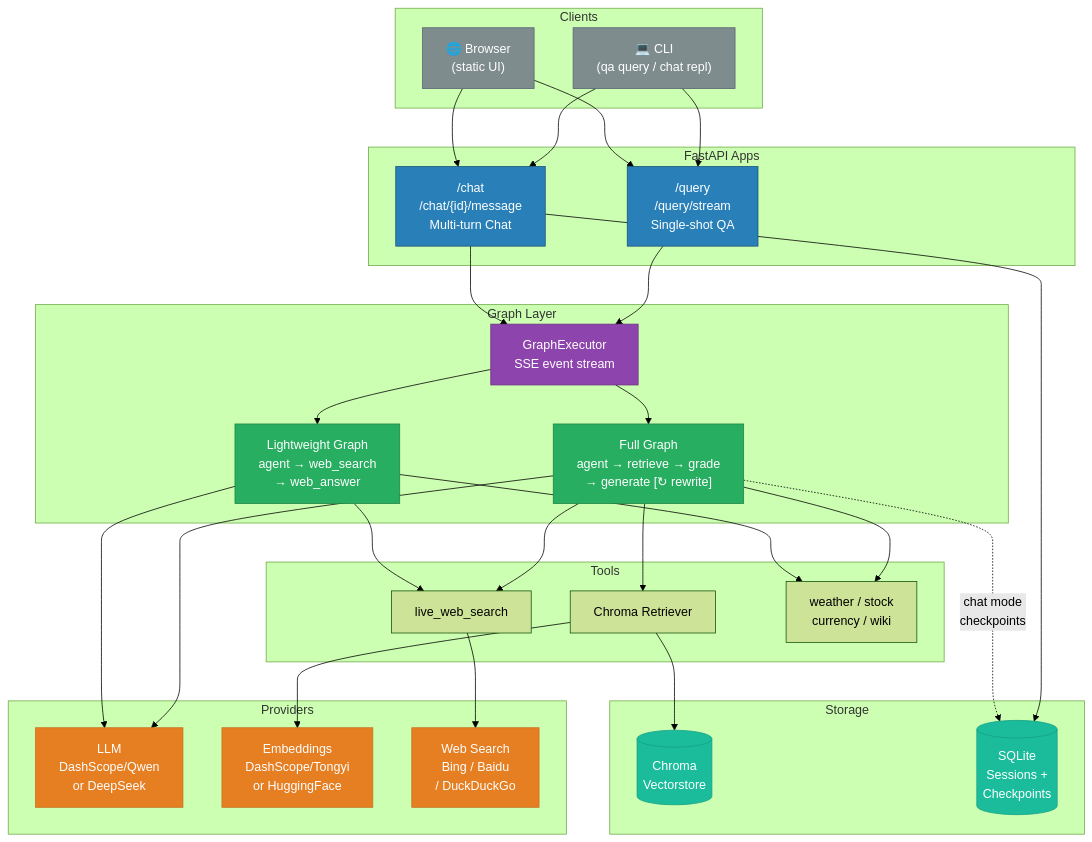
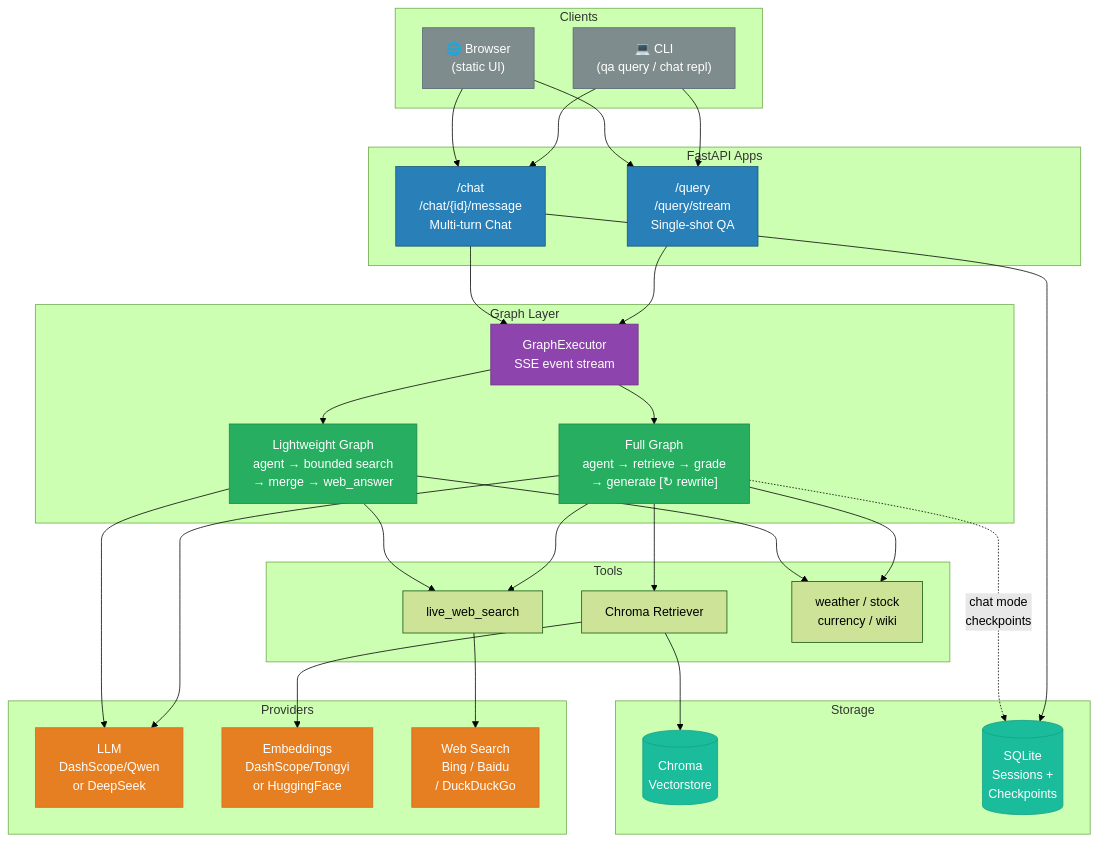
The third of 5 diagrams in docs/workflow-graphs.md (rishengW/langgraph-rag), drawn with Mermaid (forest theme) before and after one commit. The commit also changed other lines of this file and 44 other files, not shown here.

````diff
--- a/docs/workflow-graphs.md
+++ b/docs/workflow-graphs.md
@@ -111,74 +136,74 @@
 ```mermaid
 graph TB
     subgraph "Clients"
         CLI["💻 CLI<br/>(qa query / chat repl)"]
         Browser["🌐 Browser<br/>(static UI)"]
     end
 
     subgraph "FastAPI Apps"
         QA_API["/query<br/>/query/stream<br/>Single-shot QA"]
         Chat_API["/chat<br/>/chat/{id}/message<br/>Multi-turn Chat"]
     end
 
     subgraph "Graph Layer"
         GraphExec["GraphExecutor<br/>SSE event stream"]
         FullGraph["Full Graph<br/>agent → retrieve → grade<br/>→ generate [↻ rewrite]"]
-        LightGraph["Lightweight Graph<br/>agent → web_search<br/>→ web_answer"]
+        LightGraph["Lightweight Graph<br/>agent → bounded search<br/>→ merge → web_answer"]
     end
 
     subgraph "Providers"
         LLM["LLM<br/>DashScope/Qwen<br/>or DeepSeek"]
         Embed["Embeddings<br/>DashScope/Tongyi<br/>or HuggingFace"]
         Search["Web Search<br/>Bing / Baidu<br/>/ DuckDuckGo"]
     end
 
     subgraph "Storage"
         Chroma[("Chroma<br/>Vectorstore")]
         SQLite[("SQLite<br/>Sessions +<br/>Checkpoints")]
     end
 
     subgraph "Tools"
         RetrieverTool["Chroma Retriever"]
         WebTool["live_web_search"]
         AuxTools["weather / stock<br/>currency / wiki"]
     end
 
     CLI --> QA_API
     CLI --> Chat_API
     Browser --> QA_API
     Browser --> Chat_API
 
     QA_API --> GraphExec
     Chat_API --> GraphExec
     GraphExec --> FullGraph
     GraphExec --> LightGraph
 
     FullGraph --> LLM
     FullGraph --> RetrieverTool
     FullGraph --> WebTool
     FullGraph --> AuxTools
 
     LightGraph --> LLM
     LightGraph --> WebTool
     LightGraph --> AuxTools
 
     RetrieverTool --> Chroma
     RetrieverTool --> Embed
     WebTool --> Search
 
     Chat_API --> SQLite
     FullGraph -.->|"chat mode<br/>checkpoints"| SQLite
 
     style CLI fill:#7F8C8D,stroke:#566573,color:#fff
     style Browser fill:#7F8C8D,stroke:#566573,color:#fff
     style QA_API fill:#2980B9,stroke:#1A5276,color:#fff
     style Chat_API fill:#2980B9,stroke:#1A5276,color:#fff
     style GraphExec fill:#8E44AD,stroke:#6C3483,color:#fff
     style FullGraph fill:#27AE60,stroke:#1E8449,color:#fff
     style LightGraph fill:#27AE60,stroke:#1E8449,color:#fff
     style LLM fill:#E67E22,stroke:#CA6F1E,color:#fff
     style Embed fill:#E67E22,stroke:#CA6F1E,color:#fff
     style Search fill:#E67E22,stroke:#CA6F1E,color:#fff
     style Chroma fill:#1ABC9C,stroke:#16A085,color:#fff
     style SQLite fill:#1ABC9C,stroke:#16A085,color:#fff
 ```
````
